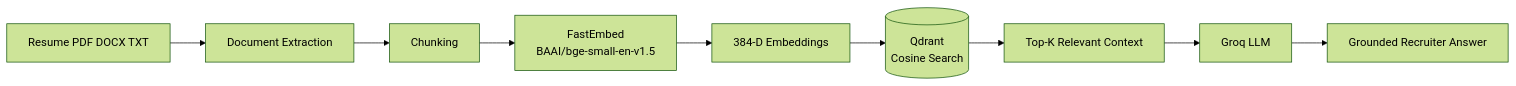
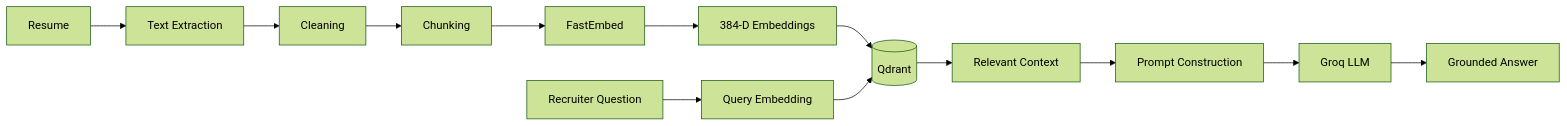
The second of 6 diagrams in README.md (shubhamkardel-ai/RecruitRAG-AI), drawn with Mermaid (forest theme) before and after one commit. The commit also changed other lines of this file, not shown here.

````diff
--- a/README.md
+++ b/README.md
@@ -105,11 +113,17 @@
-``` mermaid
+```mermaid
 flowchart LR
-    A[Resume PDF DOCX TXT] --> B[Document Extraction]
-    B --> C[Chunking]
-    C --> D[FastEmbed<br/>BAAI/bge-small-en-v1.5]
-    D --> E[384-D Embeddings]
-    E --> F[(Qdrant<br/>Cosine Search)]
-    F --> G[Top-K Relevant Context]
-    G --> H[Groq LLM]
-    H --> I[Grounded Recruiter Answer]
+    A[Resume] --> B[Text Extraction]
+    B --> C[Cleaning]
+    C --> D[Chunking]
+    D --> E[FastEmbed]
+    E --> F[384-D Embeddings]
+    F --> G[(Qdrant)]
+
+    H[Recruiter Question] --> I[Query Embedding]
+    I --> G
+
+    G --> J[Relevant Context]
+    J --> K[Prompt Construction]
+    K --> L[Groq LLM]
+    L --> M[Grounded Answer]
 ```
````
